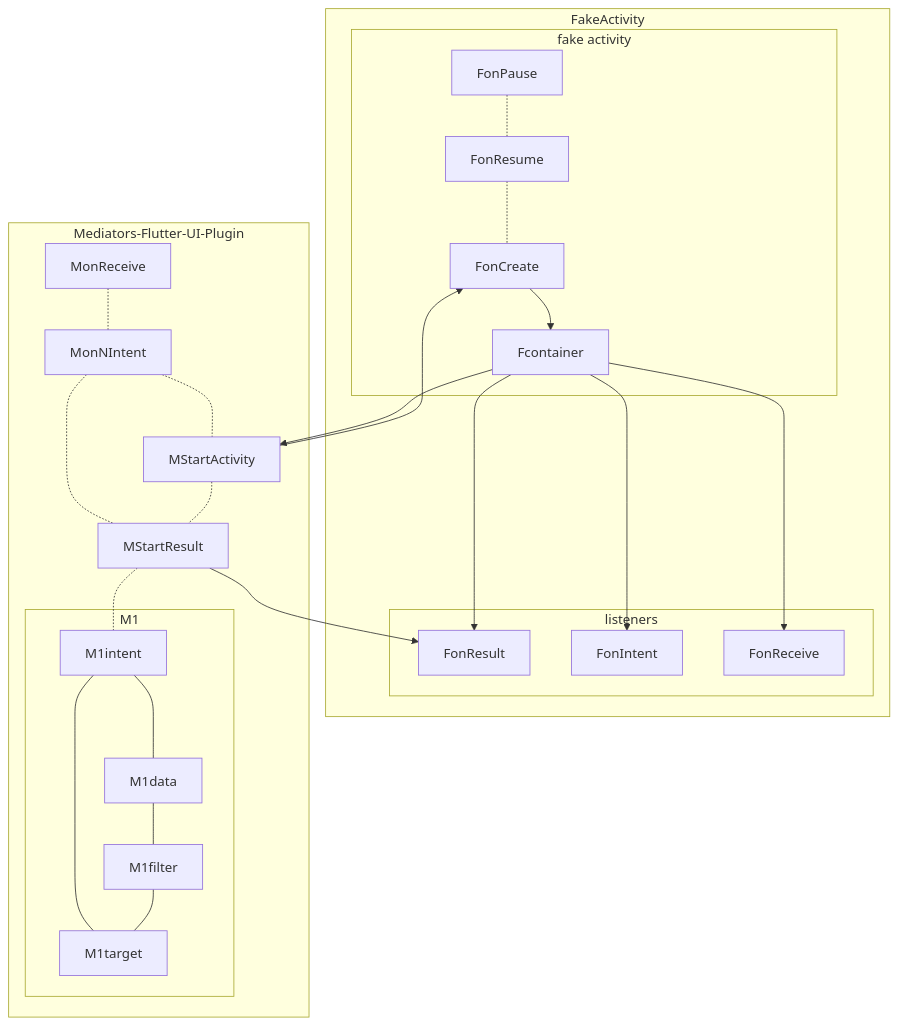
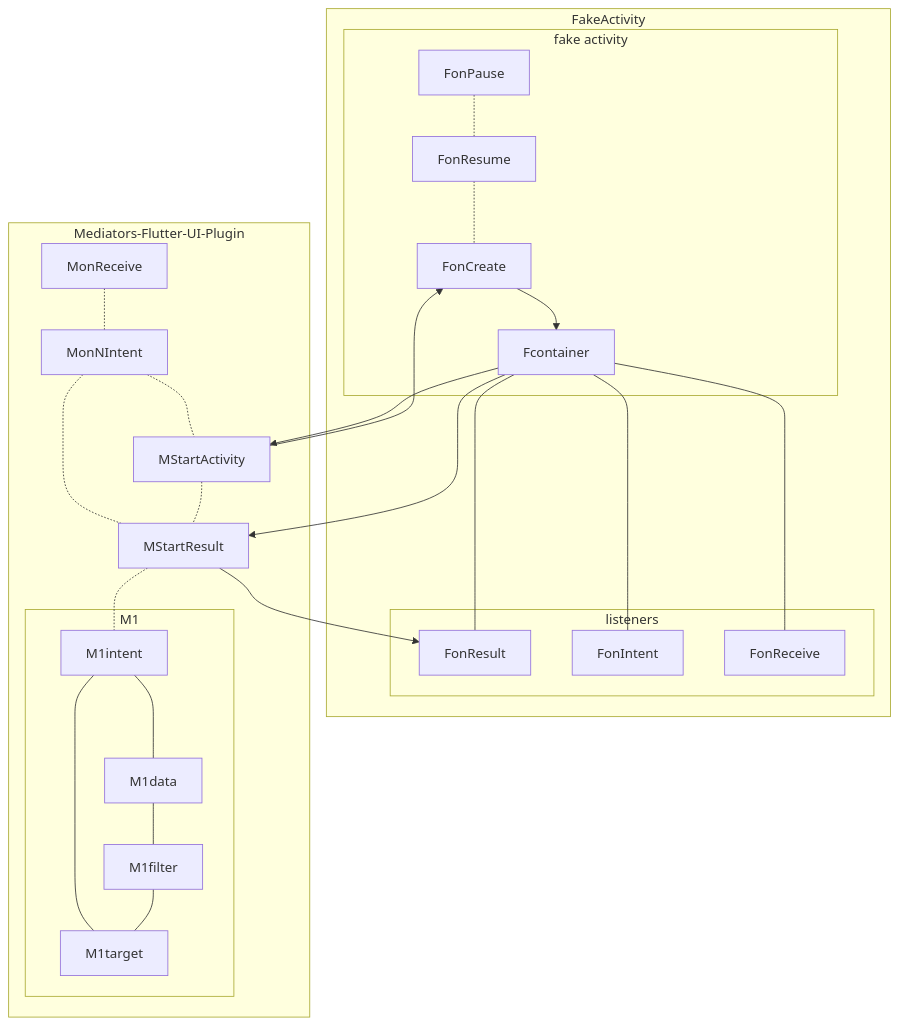
The second of 2 diagrams in flutter/android_to_flutter.md (gordianknotC/nxp_note), drawn with Mermaid before and after one commit. The commit also changed other lines of this file, not shown here.

Commit message:
flutter/android_to_flutter.md updated from https://stackedit.io/

````diff
--- a/flutter/android_to_flutter.md
+++ b/flutter/android_to_flutter.md
@@ -71,45 +71,43 @@
 ```mermaid
 graph TB
-	
-	
-	
 	subgraph FakeActivity
 		FonCreate
 		FonPause 
 		FonResume 
 		FonResult 
 		FonIntent 
 		FonReceive 
 		
 		subgraph fake activity
 			FonPause -.- FonResume
 			FonResume -.- FonCreate
 			FonCreate --> Fcontainer
 		end
 		
 		subgraph listeners
-			Fcontainer --> FonIntent
-			Fcontainer --> FonResult
-			Fcontainer --> FonReceive
+			Fcontainer --- FonIntent
+			Fcontainer --- FonResult
+			Fcontainer --- FonReceive
 		end
 	end
 
 	subgraph Mediators-Flutter-UI-Plugin
 		MStartActivity --> FonCreate
 		MStartResult --> FonResult
 		MonNIntent -.- MStartResult
 		MonReceive -.- MonNIntent
 		MonNIntent -.- MStartActivity
 		subgraph M1
 			M1intent --- M1target
 			M1intent --- M1data
 			M1data --- M1filter
 			M1filter --- M1target
 		end
 		MStartActivity
 		MStartResult
 		MStartActivity -.- MStartResult
 		MStartResult -.- M1intent
 	end
 	Fcontainer --> MStartActivity
+	Fcontainer --> MStartResult
 ```
````
